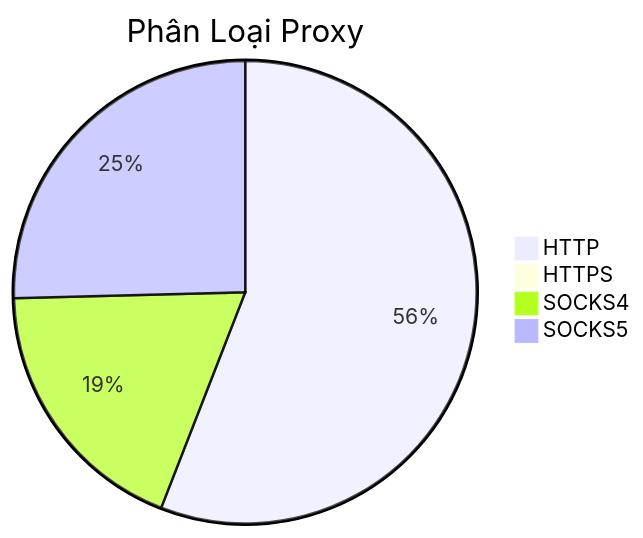
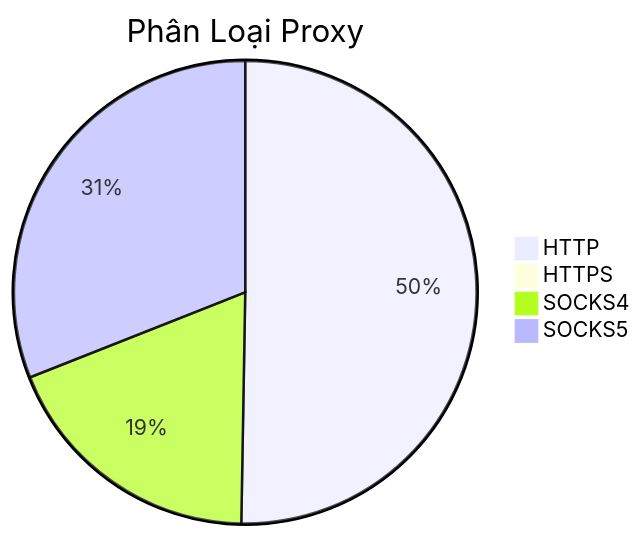
One commit to Ciara-12/PROXY-free changed the diagram in README.md. Above: the diagram before and after it, drawn with Mermaid. The commit also changed other lines of this file and 4 other files, not shown here.

````diff
--- a/README.md
+++ b/README.md
@@ -26,7 +26,7 @@
 ```mermaid
 pie title Phân Loại Proxy
-    "HTTP" : 737
-    "HTTPS" : 1
-    "SOCKS4" : 246
-    "SOCKS5" : 335
+    "HTTP" : 558
+    "HTTPS" : 0
+    "SOCKS4" : 208
+    "SOCKS5" : 344
 ```
````
